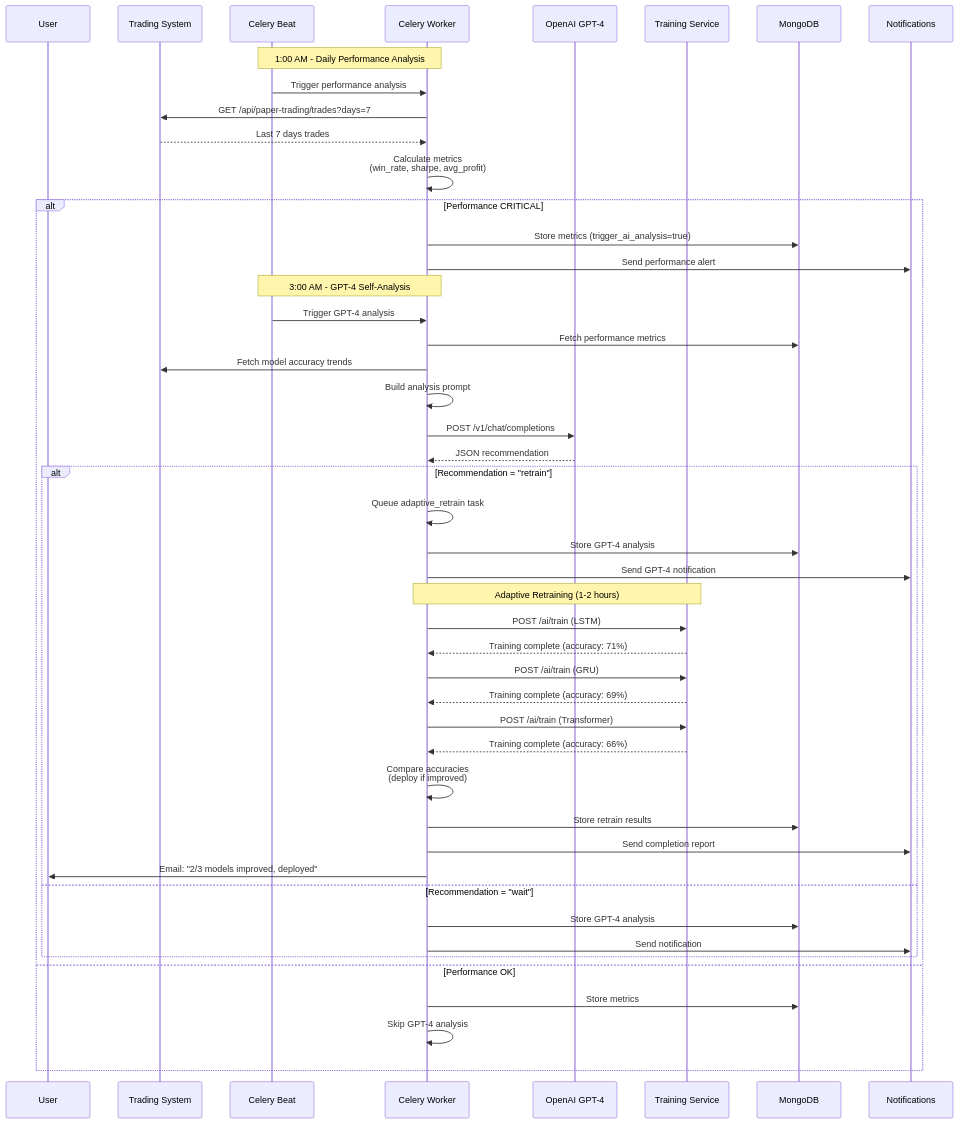
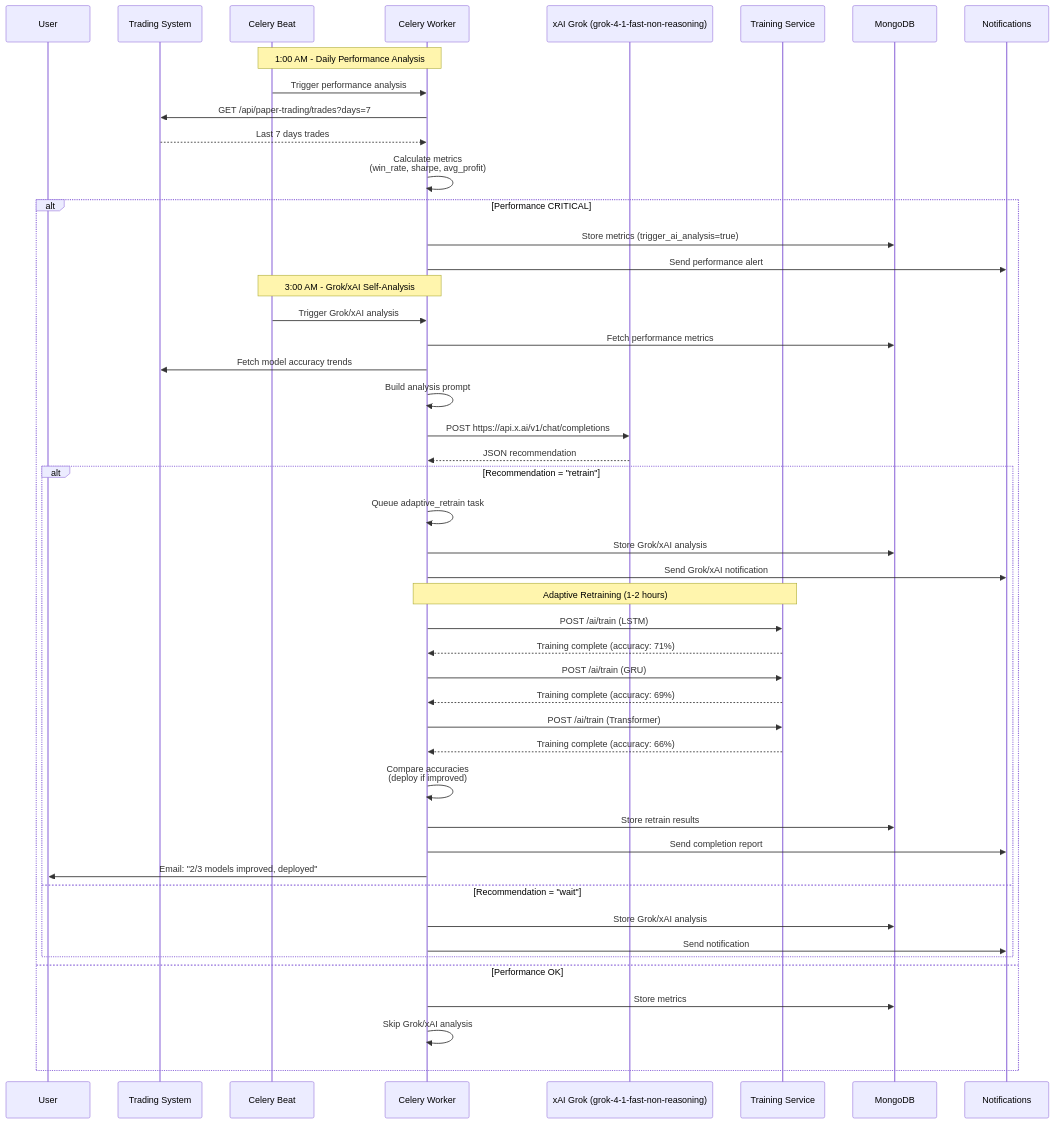
One commit to magic-ai-trading-bot/bot-core changed the sixth of 6 diagrams in specifications/01-requirements/1.1-functional-requirements/FR-ASYNC-TASKS.md. Above: the diagram before and after it, drawn with Mermaid. The commit also changed other lines of this file and 52 other files, not shown here.

````diff
--- a/specifications/01-requirements/1.1-functional-requirements/FR-ASYNC-TASKS.md
+++ b/specifications/01-requirements/1.1-functional-requirements/FR-ASYNC-TASKS.md
@@ -2078,55 +2078,55 @@
 ```mermaid
 sequenceDiagram
     participant User
     participant Trades as Trading System
     participant Celery as Celery Beat
     participant Worker as Celery Worker
-    participant GPT4 as OpenAI GPT-4
+    participant GPT4 as xAI Grok (grok-4-1-fast-non-reasoning)
     participant Train as Training Service
     participant DB as MongoDB
     participant Alert as Notifications
 
     Note over Celery,Worker: 1:00 AM - Daily Performance Analysis
     Celery->>Worker: Trigger performance analysis
     Worker->>Trades: GET /api/paper-trading/trades?days=7
     Trades-->>Worker: Last 7 days trades
     Worker->>Worker: Calculate metrics<br/>(win_rate, sharpe, avg_profit)
 
     alt Performance CRITICAL
         Worker->>DB: Store metrics (trigger_ai_analysis=true)
         Worker->>Alert: Send performance alert
 
-        Note over Celery,Worker: 3:00 AM - GPT-4 Self-Analysis
-        Celery->>Worker: Trigger GPT-4 analysis
+        Note over Celery,Worker: 3:00 AM - Grok/xAI Self-Analysis
+        Celery->>Worker: Trigger Grok/xAI analysis
         Worker->>DB: Fetch performance metrics
         Worker->>Trades: Fetch model accuracy trends
         Worker->>Worker: Build analysis prompt
-        Worker->>GPT4: POST /v1/chat/completions
+        Worker->>GPT4: POST https://api.x.ai/v1/chat/completions
         GPT4-->>Worker: JSON recommendation
 
         alt Recommendation = "retrain"
             Worker->>Worker: Queue adaptive_retrain task
-            Worker->>DB: Store GPT-4 analysis
-            Worker->>Alert: Send GPT-4 notification
+            Worker->>DB: Store Grok/xAI analysis
+            Worker->>Alert: Send Grok/xAI notification
 
             Note over Worker,Train: Adaptive Retraining (1-2 hours)
             Worker->>Train: POST /ai/train (LSTM)
             Train-->>Worker: Training complete (accuracy: 71%)
             Worker->>Train: POST /ai/train (GRU)
             Train-->>Worker: Training complete (accuracy: 69%)
             Worker->>Train: POST /ai/train (Transformer)
             Train-->>Worker: Training complete (accuracy: 66%)
 
             Worker->>Worker: Compare accuracies<br/>(deploy if improved)
             Worker->>DB: Store retrain results
             Worker->>Alert: Send completion report
             Worker->>User: Email: "2/3 models improved, deployed"
         else Recommendation = "wait"
-            Worker->>DB: Store GPT-4 analysis
+            Worker->>DB: Store Grok/xAI analysis
             Worker->>Alert: Send notification
         end
     else Performance OK
         Worker->>DB: Store metrics
-        Worker->>Worker: Skip GPT-4 analysis
+        Worker->>Worker: Skip Grok/xAI analysis
     end
 ```
````
